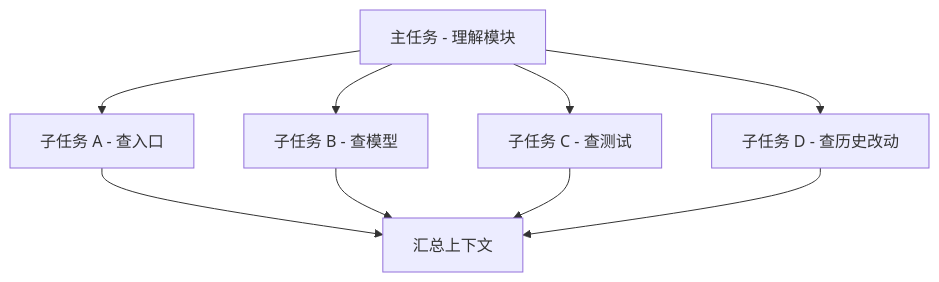
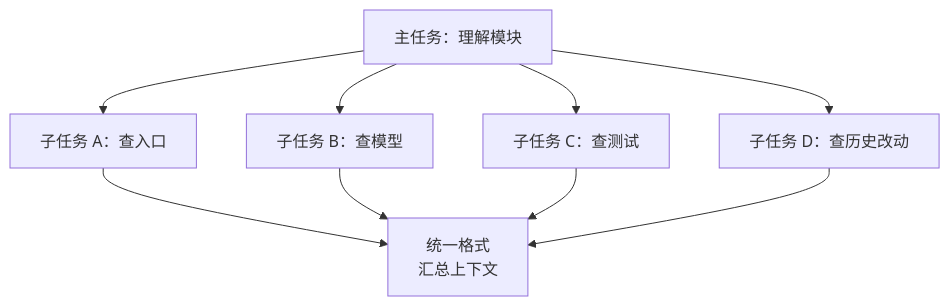
Before and after one commit to sulifreely/hannah: the fourth of 13 diagrams in src/content/blog/soft-orchestration-in-skills.md, drawn with Mermaid. The commit also changed other lines of this file and 20 other files, not shown here.

Commit message:
chore: rewrite diagrams

````diff
--- a/src/content/blog/soft-orchestration-in-skills.md
+++ b/src/content/blog/soft-orchestration-in-skills.md
@@ -166,17 +169,17 @@
 ```mermaid
 flowchart TD
-    A[主任务 - 理解模块]
-    B[子任务 A - 查入口]
-    C[子任务 B - 查模型]
-    D[子任务 C - 查测试]
-    E[子任务 D - 查历史改动]
-    F[汇总上下文]
+    A["主任务：理解模块"]
+    B["子任务 A：查入口"]
+    C["子任务 B：查模型"]
+    D["子任务 C：查测试"]
+    E["子任务 D：查历史改动"]
+    F["统一格式<br/>汇总上下文"]
     A --> B
     A --> C
     A --> D
     A --> E
     B --> F
     C --> F
     D --> F
     E --> F
 ```
````
